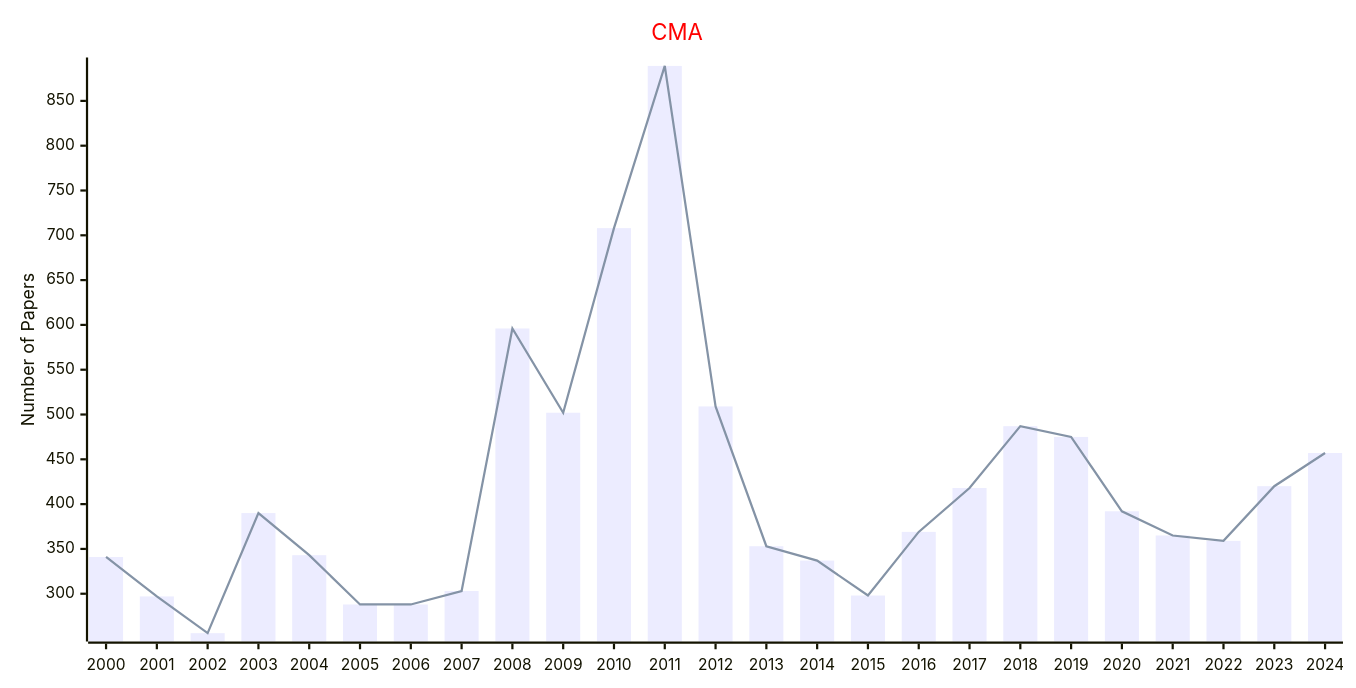
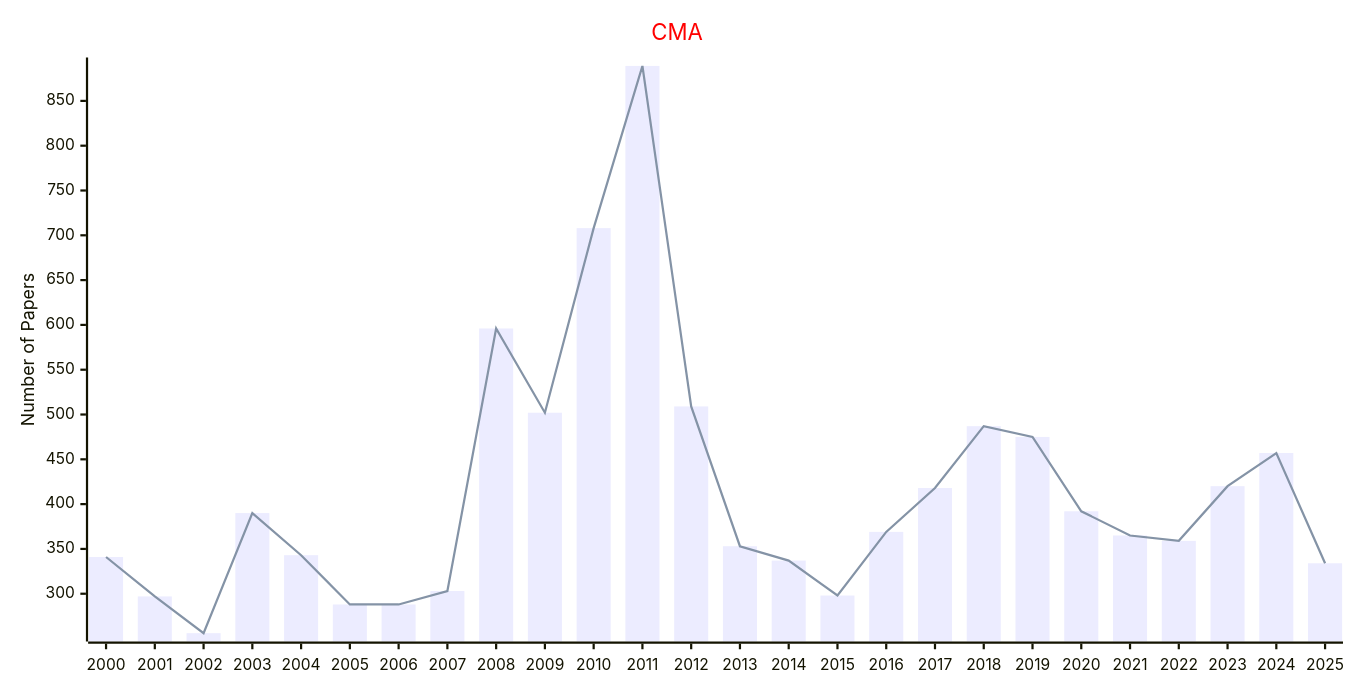
One commit to Easy-PhD/AILinks changed the second of 4 diagrams in docs/data/Journals/Statistics_Journals/Applied_Mathematics.md. Above: the diagram before and after it, drawn with Mermaid. The commit also changed other lines of this file and 107 other files, not shown here.

````diff
--- a/docs/data/Journals/Statistics_Journals/Applied_Mathematics.md
+++ b/docs/data/Journals/Statistics_Journals/Applied_Mathematics.md
@@ -33,17 +33,17 @@
 ```mermaid
 ---
 config:
     xyChart:
         width: 1200
         height: 600
     themeVariables:
         xyChart:
             titleColor: "#ff0000"
 ---
 xychart-beta
     title "CMA"
-    x-axis [2000, 2001, 2002, 2003, 2004, 2005, 2006, 2007, 2008, 2009, 2010, 2011, 2012, 2013, 2014, 2015, 2016, 2017, 2018, 2019, 2020, 2021, 2022, 2023, 2024]
+    x-axis [2000, 2001, 2002, 2003, 2004, 2005, 2006, 2007, 2008, 2009, 2010, 2011, 2012, 2013, 2014, 2015, 2016, 2017, 2018, 2019, 2020, 2021, 2022, 2023, 2024, 2025]
     y-axis "Number of Papers"
-    bar [341, 297, 256, 390, 343, 288, 288, 303, 596, 502, 708, 889, 509, 353, 337, 298, 369, 418, 487, 475, 392, 365, 359, 420, 457]
-    line [341, 297, 256, 390, 343, 288, 288, 303, 596, 502, 708, 889, 509, 353, 337, 298, 369, 418, 487, 475, 392, 365, 359, 420, 457]
+    bar [341, 297, 256, 390, 343, 288, 288, 303, 596, 502, 708, 889, 509, 353, 337, 298, 369, 418, 487, 475, 392, 365, 359, 420, 457, 334]
+    line [341, 297, 256, 390, 343, 288, 288, 303, 596, 502, 708, 889, 509, 353, 337, 298, 369, 418, 487, 475, 392, 365, 359, 420, 457, 334]
 ```
````
